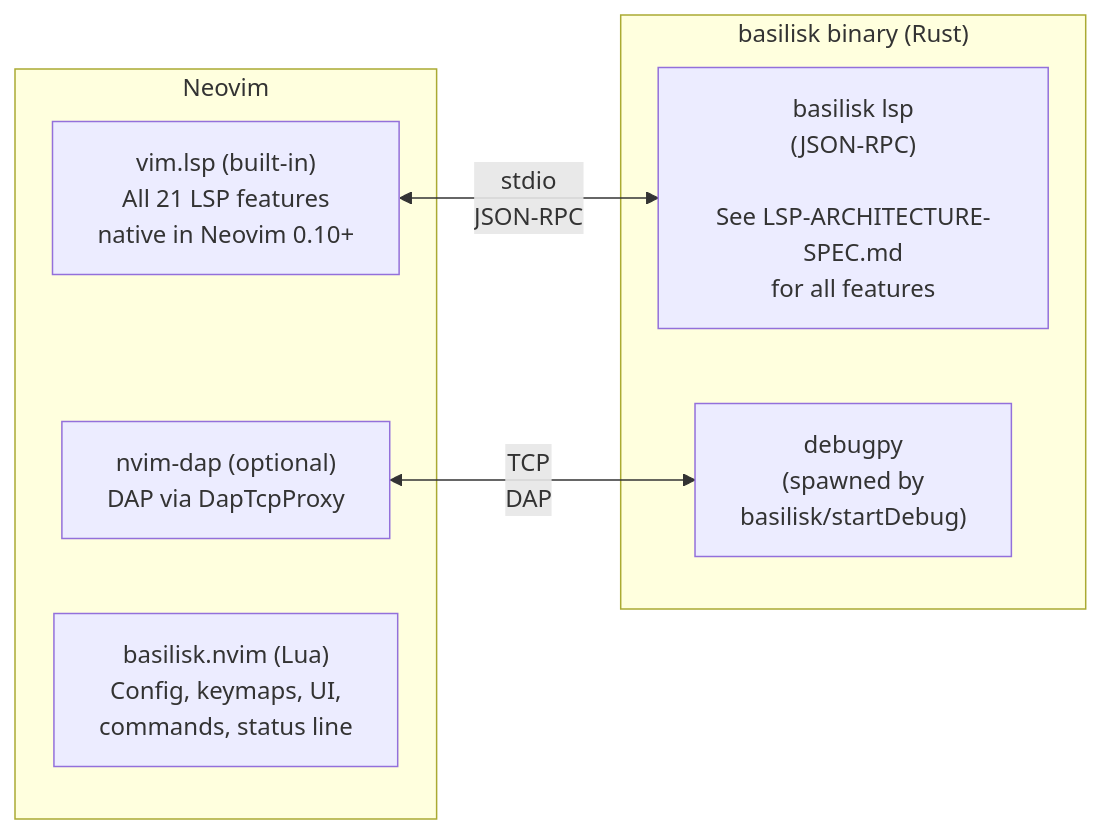
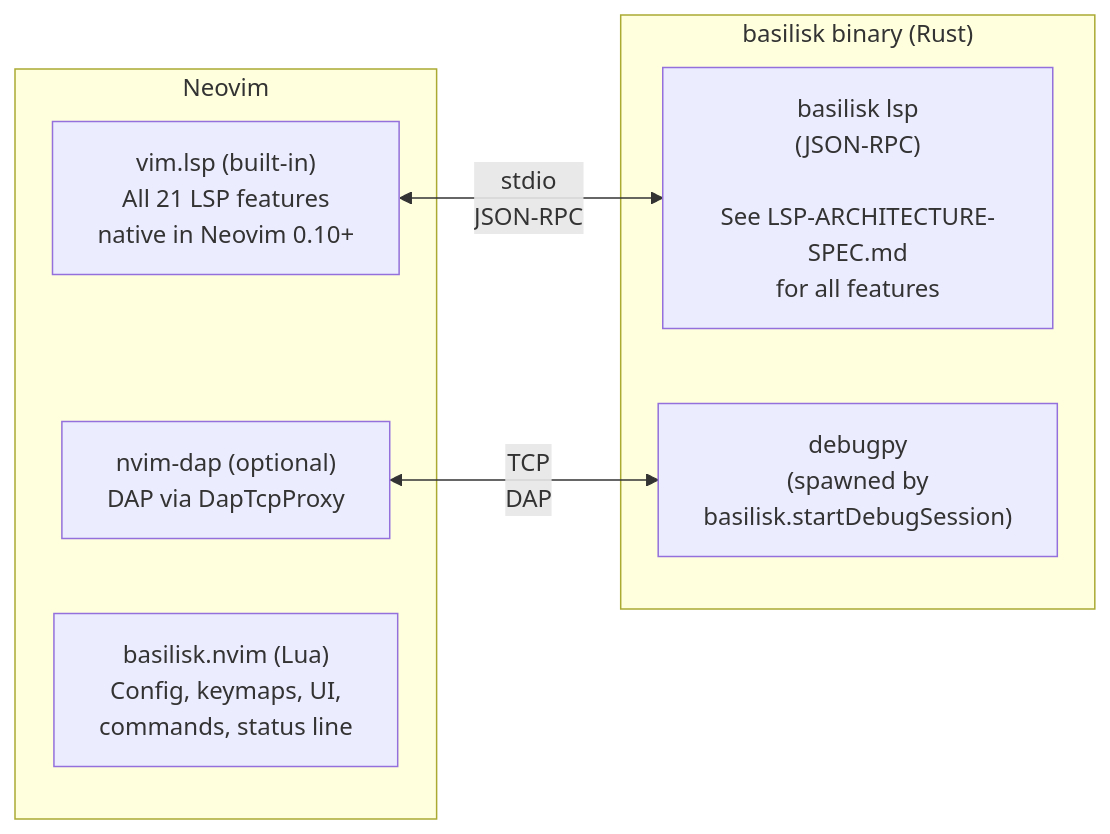
One commit to Nimblesite/Basilisk changed the diagram in docs/specs/NEOVIM-SPEC.md. Above: the diagram before and after it, drawn with Mermaid. The commit also changed other lines of this file and 195 other files, not shown here.

````diff
--- a/docs/specs/NEOVIM-SPEC.md
+++ b/docs/specs/NEOVIM-SPEC.md
@@ -40,16 +40,16 @@
 ```mermaid
 flowchart LR
     subgraph Neovim["Neovim"]
         VL["vim.lsp (built-in)<br/>All 21 LSP features<br/>native in Neovim 0.10+"]
         DAP["nvim-dap (optional)<br/>DAP via DapTcpProxy"]
         NV["basilisk.nvim (Lua)<br/>Config, keymaps, UI,<br/>commands, status line"]
     end
 
     subgraph Basilisk["basilisk binary (Rust)"]
         LSP["basilisk lsp<br/>(JSON-RPC)<br/><br/>See LSP-ARCHITECTURE-SPEC.md<br/>for all features"]
-        DBG["debugpy<br/>(spawned by<br/>basilisk/startDebug)"]
+        DBG["debugpy<br/>(spawned by<br/>basilisk.startDebugSession)"]
     end
 
     VL <-->|"stdio<br/>JSON-RPC"| LSP
     DAP <-->|"TCP<br/>DAP"| DBG
 ```
````
